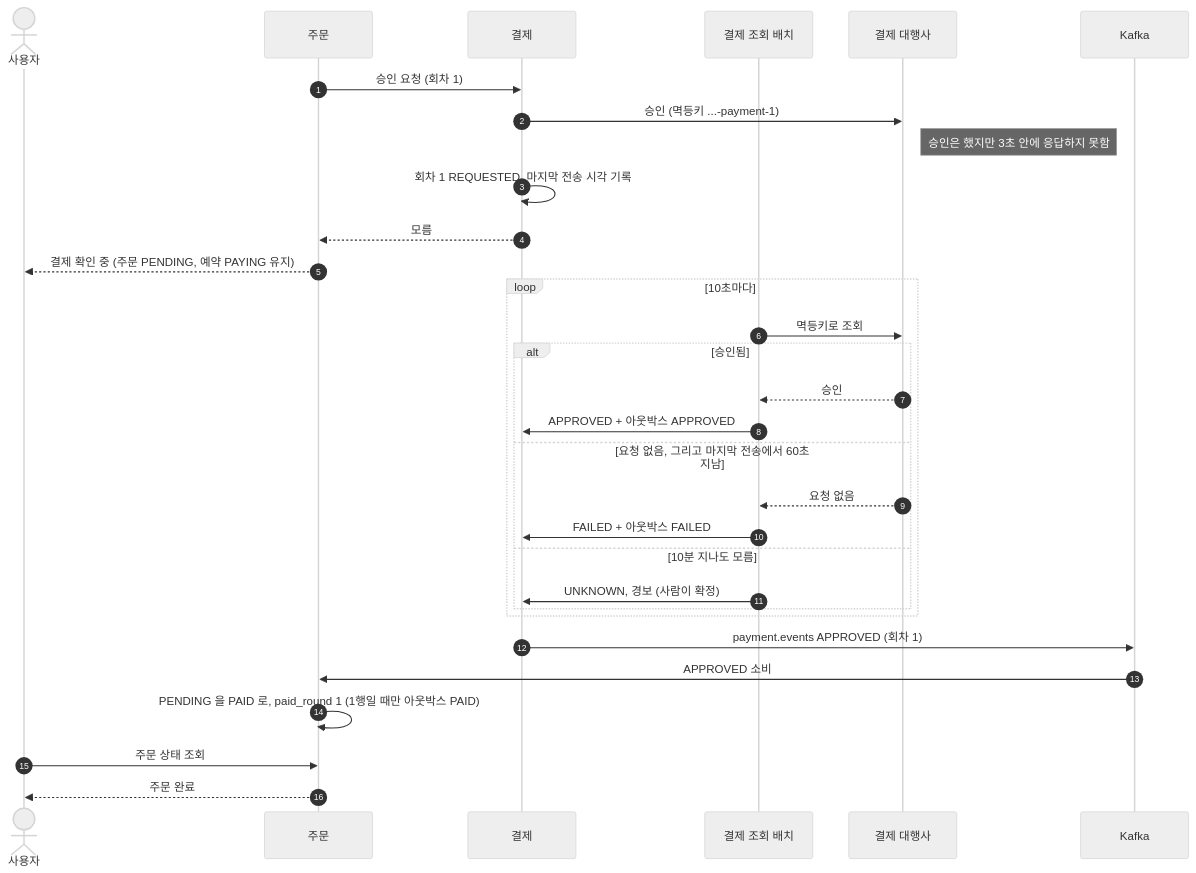
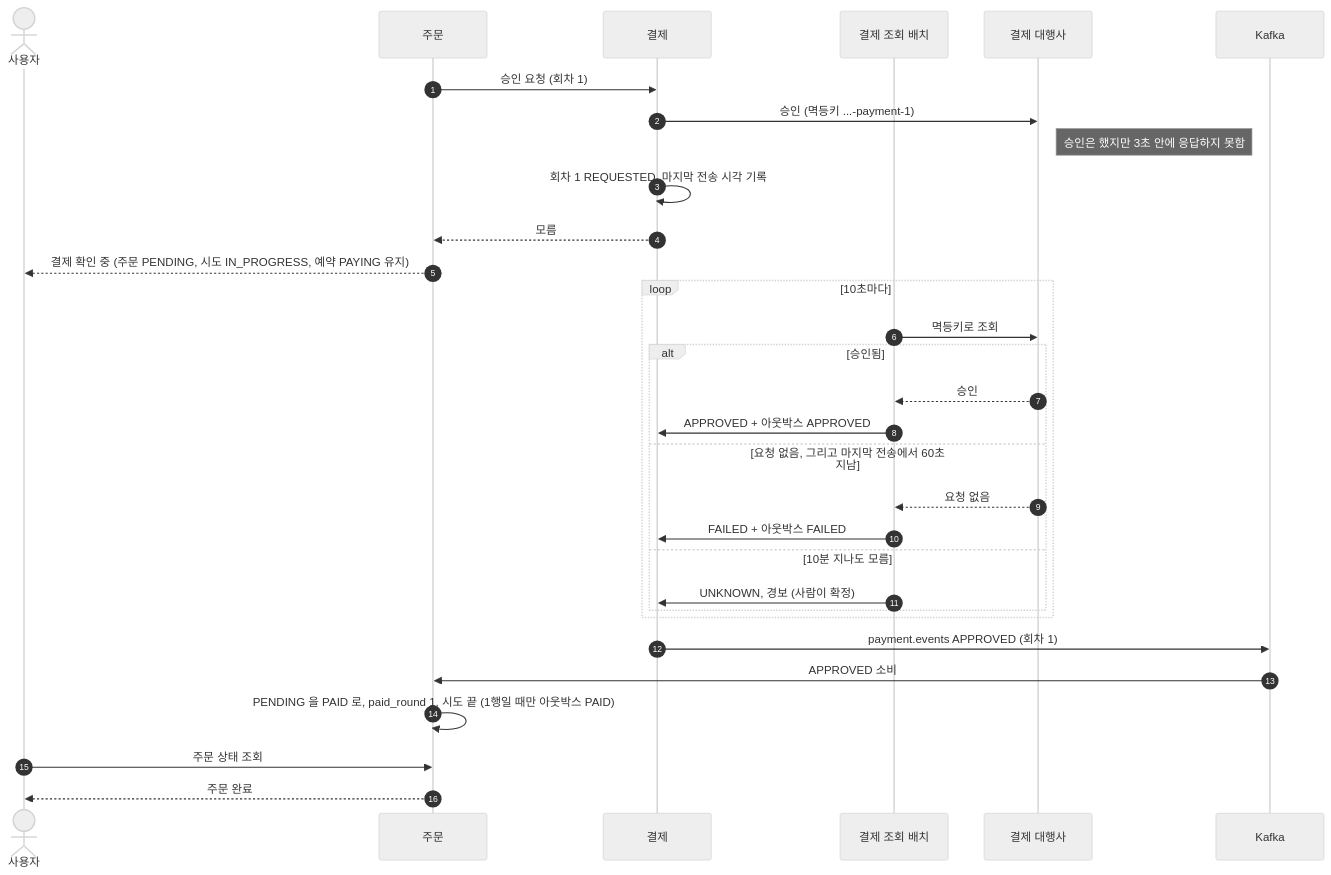
One commit to Bamdule/dawn-delivery-commerce changed the third of 6 diagrams in docs/sequence/01-주문과-결제.md. Above: the diagram before and after it, drawn with Mermaid (neutral theme). The commit also changed other lines of this file and 12 other files, not shown here.

````diff
--- a/docs/sequence/01-주문과-결제.md
+++ b/docs/sequence/01-주문과-결제.md
@@ -102,36 +105,36 @@
 ```mermaid
 sequenceDiagram
     autonumber
     actor 사용자
     participant 주문
     participant 결제
     participant 조회배치 as 결제 조회 배치
     participant 대행사 as 결제 대행사
     participant 카프카 as Kafka
 
     주문->>결제: 승인 요청 (회차 1)
     결제->>대행사: 승인 (멱등키 ...-payment-1)
     Note right of 대행사: 승인은 했지만 3초 안에 응답하지 못함
     결제->>결제: 회차 1 REQUESTED, 마지막 전송 시각 기록
     결제-->>주문: 모름
-    주문-->>사용자: 결제 확인 중 (주문 PENDING, 예약 PAYING 유지)
+    주문-->>사용자: 결제 확인 중 (주문 PENDING, 시도 IN_PROGRESS, 예약 PAYING 유지)
 
     loop 10초마다
         조회배치->>대행사: 멱등키로 조회
         alt 승인됨
             대행사-->>조회배치: 승인
             조회배치->>결제: APPROVED + 아웃박스 APPROVED
         else 요청 없음, 그리고 마지막 전송에서 60초 지남
             대행사-->>조회배치: 요청 없음
             조회배치->>결제: FAILED + 아웃박스 FAILED
         else 10분 지나도 모름
             조회배치->>결제: UNKNOWN, 경보 (사람이 확정)
         end
     end
 
     결제->>카프카: payment.events APPROVED (회차 1)
     카프카->>주문: APPROVED 소비
-    주문->>주문: PENDING 을 PAID 로, paid_round 1 (1행일 때만 아웃박스 PAID)
+    주문->>주문: PENDING 을 PAID 로, paid_round 1, 시도 끝 (1행일 때만 아웃박스 PAID)
     사용자->>주문: 주문 상태 조회
     주문-->>사용자: 주문 완료
 ```
````
